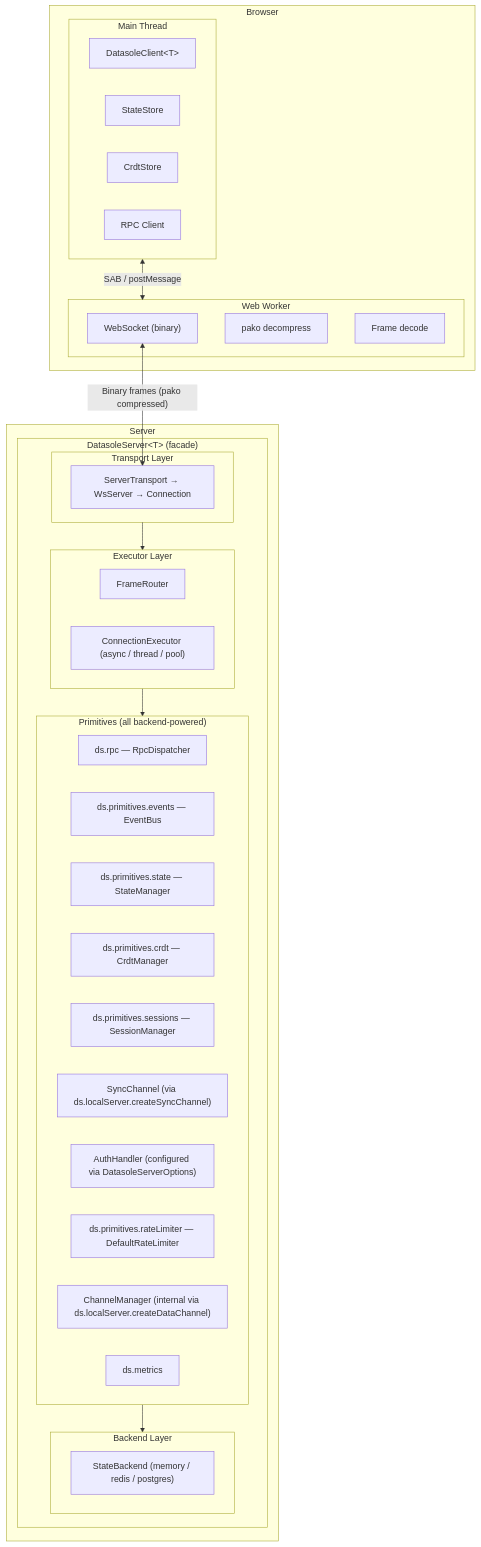
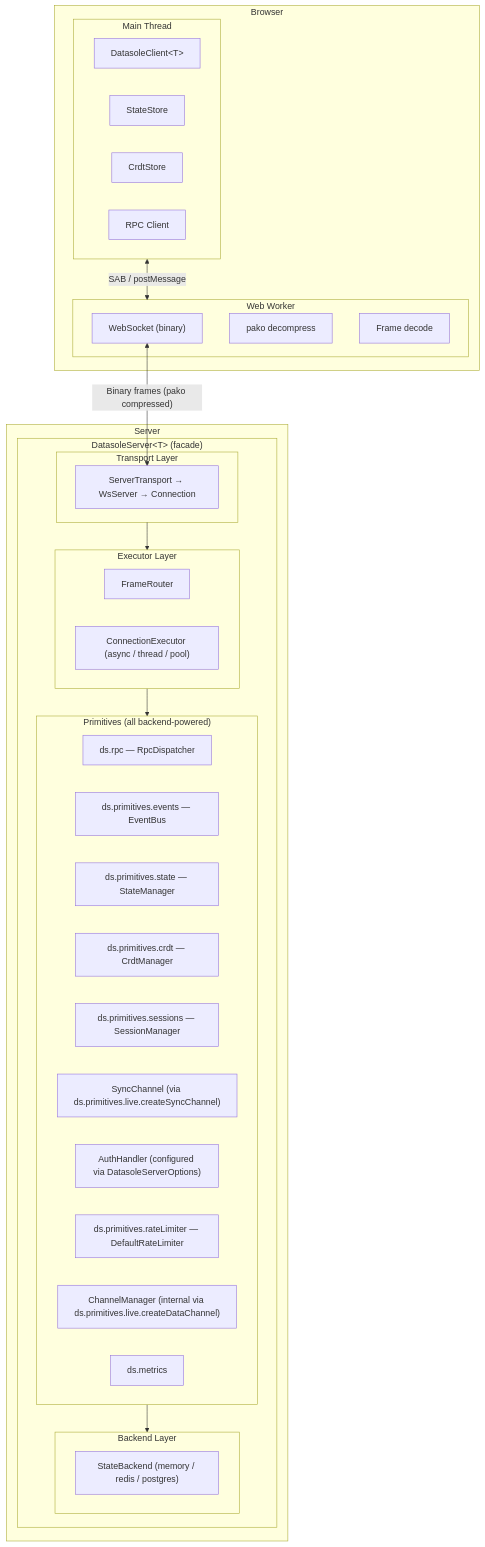
The fourth of 6 diagrams in docs/architecture.md (mayanklahiri/datasole), drawn with Mermaid before and after one commit. The commit also changed 66 other files, not shown here.

First line of the commit message:
architecture: decompose server into composable layers [ADR-012]

````diff
--- a/docs/architecture.md
+++ b/docs/architecture.md
@@ -148,48 +148,48 @@
 ```mermaid
 flowchart TB
     subgraph Browser
         subgraph MT["Main Thread"]
             DC["DatasoleClient&lt;T&gt;"]
             SS[StateStore]
             CS[CrdtStore]
             RC[RPC Client]
         end
         subgraph WW["Web Worker"]
             WS["WebSocket (binary)"]
             PK["pako decompress"]
             FD["Frame decode"]
         end
         MT <-->|"SAB / postMessage"| WW
     end
 
     WS <-->|"Binary frames (pako compressed)"| WSS
 
     subgraph Server
         subgraph DS["DatasoleServer&lt;T&gt; (facade)"]
             subgraph Transport["Transport Layer"]
                 WSS["ServerTransport → WsServer → Connection"]
             end
             subgraph Executor["Executor Layer"]
                 FR["FrameRouter"]
                 EX["ConnectionExecutor (async / thread / pool)"]
             end
             subgraph Backend["Backend Layer"]
                 SBE["StateBackend (memory / redis / postgres)"]
             end
             subgraph Primitives["Primitives (all backend-powered)"]
                 RPCd["ds.rpc — RpcDispatcher"]
                 EB["ds.primitives.events — EventBus"]
                 SM["ds.primitives.state — StateManager"]
                 CRDT["ds.primitives.crdt — CrdtManager"]
                 Sess["ds.primitives.sessions — SessionManager"]
-                Sync["SyncChannel (via ds.localServer.createSyncChannel)"]
+                Sync["SyncChannel (via ds.primitives.live.createSyncChannel)"]
                 Auth["AuthHandler (configured via DatasoleServerOptions)"]
                 RLim["ds.primitives.rateLimiter — DefaultRateLimiter"]
-                DF["ChannelManager (internal via ds.localServer.createDataChannel)"]
+                DF["ChannelManager (internal via ds.primitives.live.createDataChannel)"]
                 Met["ds.metrics"]
             end
             Transport --> Executor --> Primitives
             Primitives --> Backend
         end
     end
 ```
````
